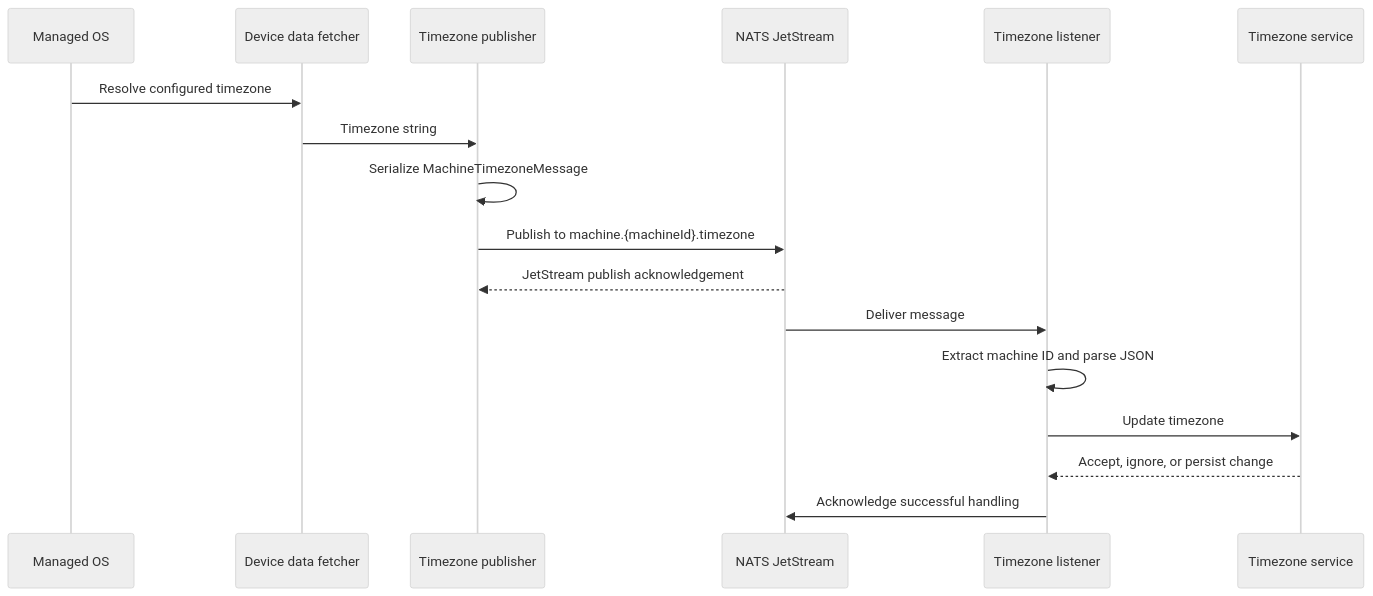
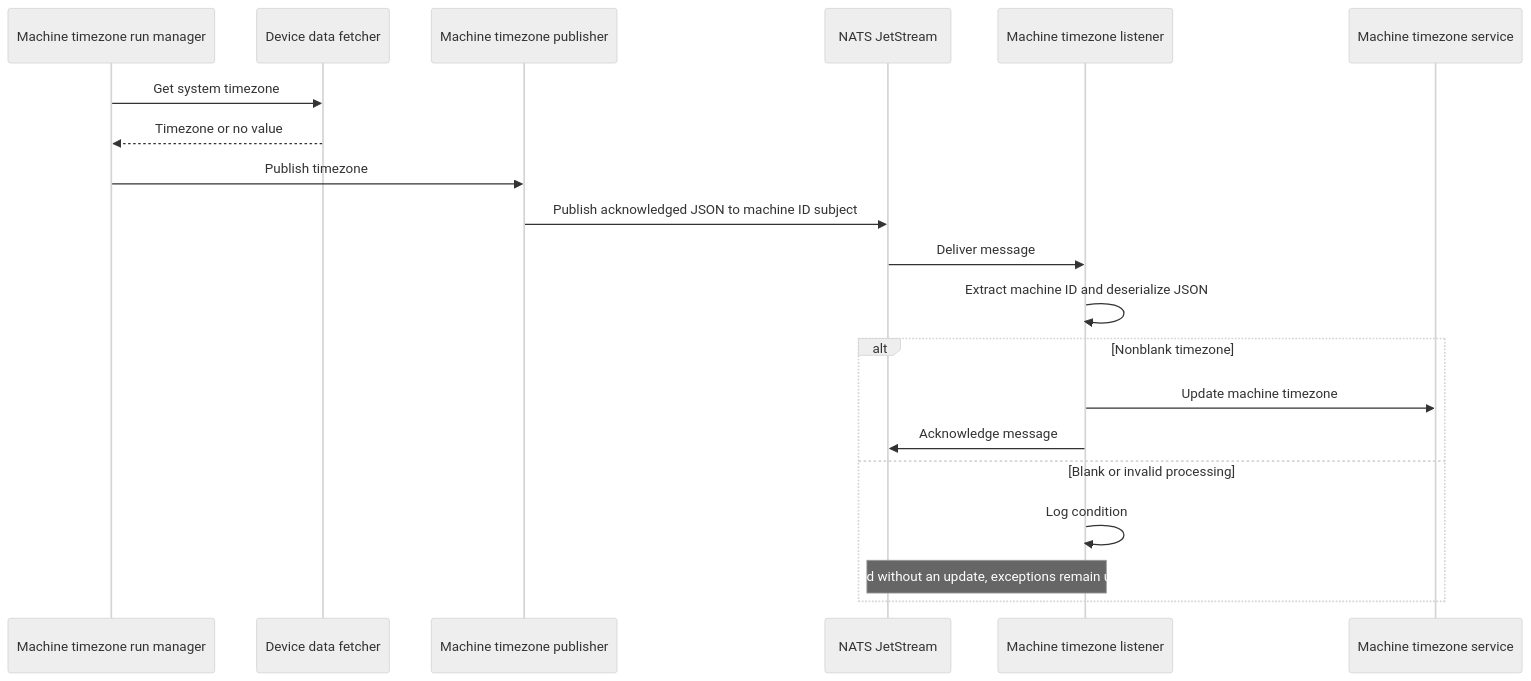
Before and after one commit to flamingo-stack/openframe-oss-tenant: the third of 4 diagrams in docs/reference/architecture/openframe-client-core/model-machine-timezone/model-machine-timezone.md, drawn with Mermaid (neutral theme). The commit also changed other lines of this file and 2377 other files, not shown here.

````diff
--- a/docs/reference/architecture/openframe-client-core/model-machine-timezone/model-machine-timezone.md
+++ b/docs/reference/architecture/openframe-client-core/model-machine-timezone/model-machine-timezone.md
@@ -52,20 +62,22 @@
 ```mermaid
 sequenceDiagram
-    participant OS as Managed OS
+    participant Manager as Machine timezone run manager
     participant Fetcher as Device data fetcher
-    participant Publisher as Timezone publisher
+    participant Publisher as Machine timezone publisher
     participant Nats as NATS JetStream
-    participant Listener as Timezone listener
-    participant Service as Timezone service
-
-    OS->>Fetcher: Resolve configured timezone
-    Fetcher->>Publisher: Timezone string
-    Publisher->>Publisher: Serialize MachineTimezoneMessage
-    Publisher->>Nats: Publish to machine.{machineId}.timezone
-    Nats-->>Publisher: JetStream publish acknowledgement
+    participant Listener as Machine timezone listener
+    participant Service as Machine timezone service
+    Manager->>Fetcher: Get system timezone
+    Fetcher-->>Manager: Timezone or no value
+    Manager->>Publisher: Publish timezone
+    Publisher->>Nats: Publish acknowledged JSON to machine ID subject
     Nats->>Listener: Deliver message
-    Listener->>Listener: Extract machine ID and parse JSON
-    Listener->>Service: Update timezone
-    Service-->>Listener: Accept, ignore, or persist change
-    Listener->>Nats: Acknowledge successful handling
+    Listener->>Listener: Extract machine ID and deserialize JSON
+    alt Nonblank timezone
+        Listener->>Service: Update machine timezone
+        Listener->>Nats: Acknowledge message
+    else Blank or invalid processing
+        Listener->>Listener: Log condition
+        Note over Listener,Nats: Blank values are acknowledged without an update, exceptions remain unacknowledged for redelivery
+    end
 ```
````
